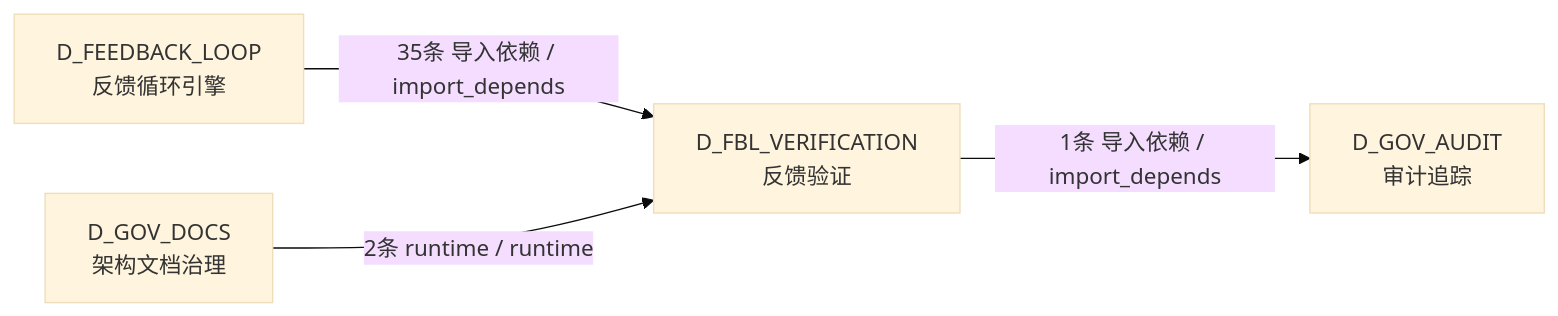
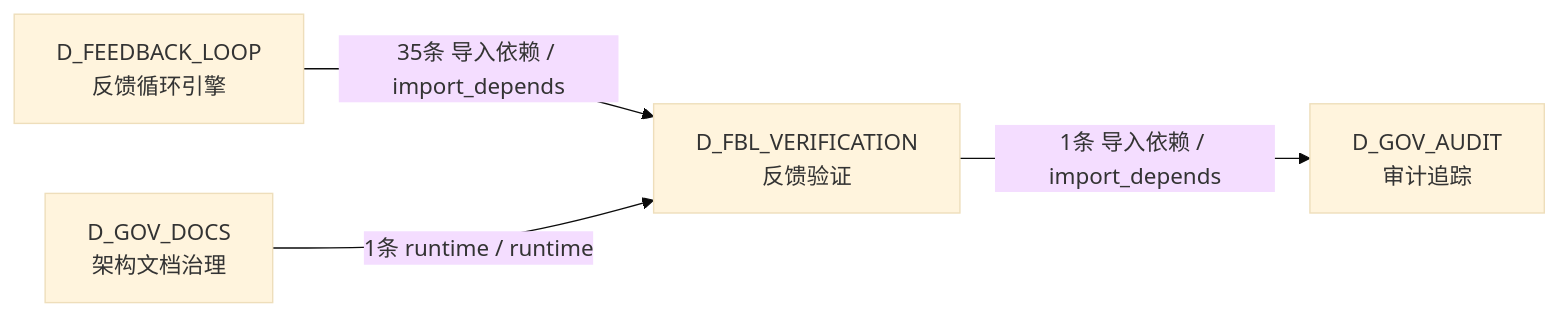
The sixth of 6 diagrams in docs/02_enterprise_architecture/02_domain_architecture_docs/13_d_fbl_verification.md (xuanFelixVan/ZephyrAlpha), drawn with Mermaid (base theme) before and after one commit. The commit also changed other lines of this file and 100 other files, not shown here.

````diff
--- a/docs/02_enterprise_architecture/02_domain_architecture_docs/13_d_fbl_verification.md
+++ b/docs/02_enterprise_architecture/02_domain_architecture_docs/13_d_fbl_verification.md
@@ -499,10 +495,10 @@
 ```mermaid
 graph LR
     D_FBL_VERIFICATION["D_FBL_VERIFICATION<br/>反馈验证"]
     D_GOV_AUDIT["D_GOV_AUDIT<br/>审计追踪"]
     D_FEEDBACK_LOOP["D_FEEDBACK_LOOP<br/>反馈循环引擎"]
     D_GOV_DOCS["D_GOV_DOCS<br/>架构文档治理"]
     D_FBL_VERIFICATION -->|1条 导入依赖 / import_depends| D_GOV_AUDIT
     D_FEEDBACK_LOOP -->|35条 导入依赖 / import_depends| D_FBL_VERIFICATION
-    D_GOV_DOCS -->|2条 runtime / runtime| D_FBL_VERIFICATION
+    D_GOV_DOCS -->|1条 runtime / runtime| D_FBL_VERIFICATION
 ```
````
